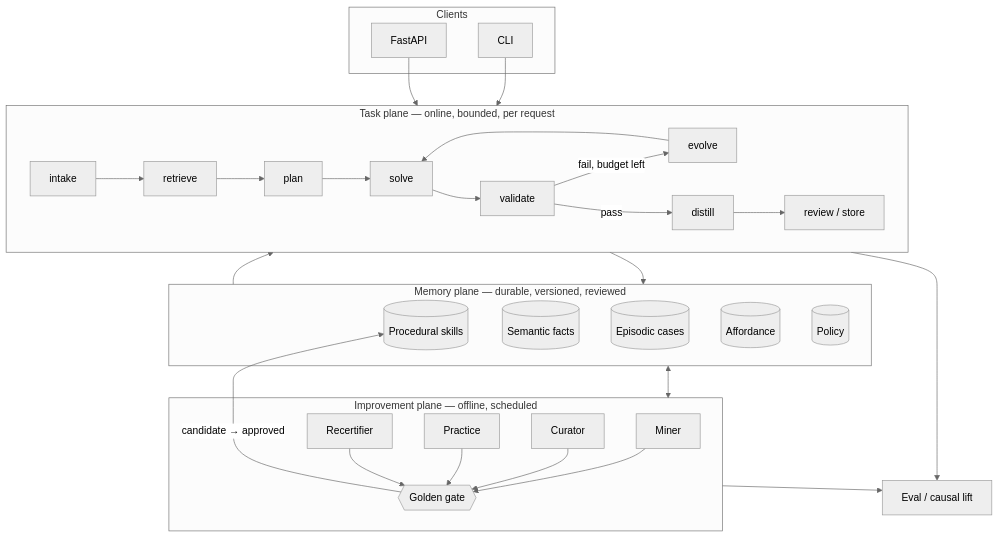
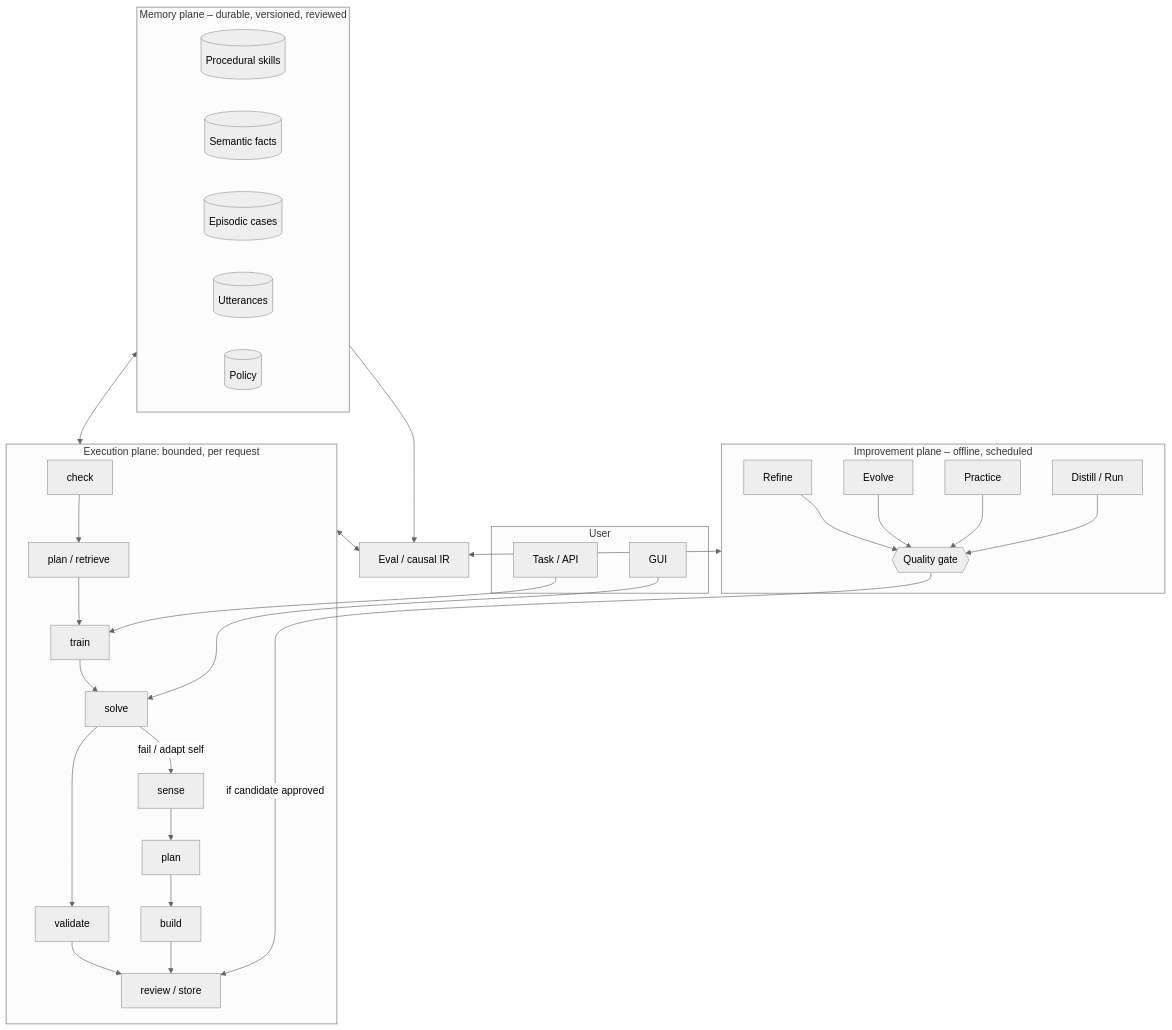
Before and after one commit to quantrobs/recertia: the first of 2 diagrams in README.md, drawn with Mermaid (neutral theme). The commit also changed other lines of this file and 1 other file, not shown here.

Commit message:
Swap architecture diagram to execution/memory/improvement layout (#31)
Replace the three-plane Mermaid diagrams in the architecture overview and
README with the revised topology: User entry points, execution check→train→
solve path with fail/adapt loop, utterances in memory, and improvement
jobs gated by a quality gate into review/store.

````diff
--- a/README.md
+++ b/README.md
@@ -48,48 +48,42 @@
 ```mermaid
 flowchart TB
-    subgraph clients["Clients"]
-        CLI[CLI]
-        API[FastAPI]
+    subgraph user["User"]
+        GUI[GUI]
+        API[Task / API]
     end
 
-    subgraph task["Task plane — online, bounded, per request"]
-        direction LR
-        IN[intake] --> RET[retrieve]
-        RET --> PLAN[plan]
-        PLAN --> SOLVE[solve]
-        SOLVE --> VAL[validate]
-        VAL -->|fail, budget left| EVO[evolve]
-        EVO --> SOLVE
-        VAL -->|pass| DIST[distill]
-        DIST --> REV[review / store]
+    subgraph exec["Execution plane: bounded, per request"]
+        CHECK[check] --> PR["plan / retrieve"] --> TRAIN[train] --> SOLVE[solve] --> VAL[validate] --> REV["review / store"]
+        SOLVE -->|"fail / adapt self"| SENSE[sense] --> APLAN[plan] --> BUILD[build] --> REV
     end
 
-    subgraph mem["Memory plane — durable, versioned, reviewed"]
-        PROC[(Procedural skills)]
-        SEM[(Semantic facts)]
-        EPI[(Episodic cases)]
-        AFF[(Affordance)]
-        POL[(Policy)]
+    subgraph mem["Memory plane – durable, versioned, reviewed"]
+        PROC[("Procedural skills")]
+        SEM[("Semantic facts")]
+        EPI[("Episodic cases")]
+        UTT[("Utterances")]
+        POL[("Policy")]
     end
 
-    subgraph imp["Improvement plane — offline, scheduled"]
-        MINE[Miner]
-        CUR[Curator]
+    subgraph imp["Improvement plane – offline, scheduled"]
+        REF[Refine]
+        EVO[Evolve]
         PRAC[Practice]
-        RECERT[Recertifier]
-        GATE{{Golden gate}}
+        DIST["Distill / Run"]
+        GATE{{Quality gate}}
+        REF --> GATE
+        EVO --> GATE
+        PRAC --> GATE
+        DIST --> GATE
     end
 
-    CLI --> task
-    API --> task
-    mem --> RET
-    REV --> mem
-    mem <--> imp
-    MINE --> GATE
-    CUR --> GATE
-    PRAC --> GATE
-    RECERT --> GATE
-    GATE -->|candidate → approved| PROC
-    task --> EVAL[Eval / causal lift]
-    imp --> EVAL
+    EVAL["Eval / causal IR"]
+
+    GUI --> SOLVE
+    API --> TRAIN
+    mem <--> exec
+    mem --> EVAL
+    exec <--> EVAL
+    imp <--> EVAL
+    GATE -->|"if candidate approved"| REV
 ```
````
